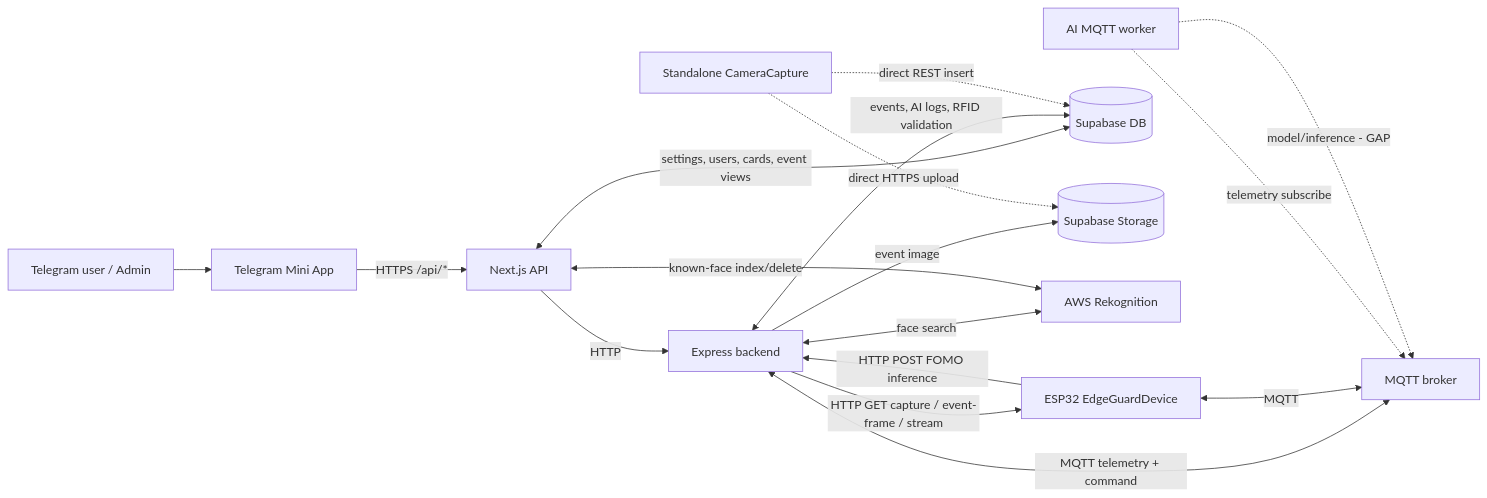
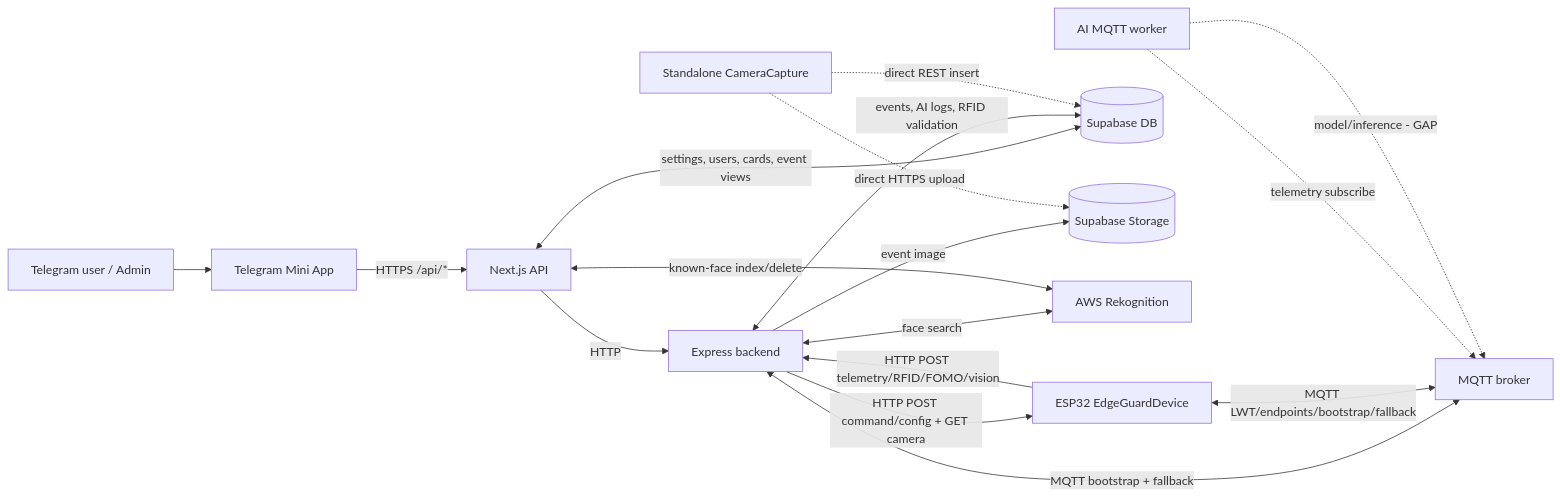
The first of 17 diagrams in docs/EDGEGUARD_FLOWS.md (ntntran09/EdgeGuard), drawn with Mermaid before and after one commit. The commit also changed other lines of this file, not shown here.

Commit message:
docs: update EdgeGuard HTTP flows

````diff
--- a/docs/EDGEGUARD_FLOWS.md
+++ b/docs/EDGEGUARD_FLOWS.md
@@ -22,22 +22,22 @@
 ```mermaid
 flowchart LR
     U[Telegram user / Admin] --> APP[Telegram Mini App]
     APP -->|HTTPS /api/*| NEXT[Next.js API]
     NEXT -->|HTTP| BE[Express backend]
 
-    BE <-->|MQTT telemetry + command| MQ[MQTT broker]
-    DEV[ESP32 EdgeGuardDevice] <-->|MQTT| MQ
-    DEV -->|HTTP POST FOMO inference| BE
-    BE -->|HTTP GET capture / event-frame / stream| DEV
+    BE <-->|MQTT bootstrap + fallback| MQ[MQTT broker]
+    DEV[ESP32 EdgeGuardDevice] <-->|MQTT LWT/endpoints/bootstrap/fallback| MQ
+    DEV -->|HTTP POST telemetry/RFID/FOMO/vision| BE
+    BE -->|HTTP POST command/config + GET camera| DEV
 
     NEXT <-->|settings, users, cards, event views| SB[(Supabase DB)]
     BE <-->|events, AI logs, RFID validation| SB
     BE -->|event image| ST[(Supabase Storage)]
     BE <-->|face search| AWS[AWS Rekognition]
     NEXT <-->|known-face index/delete| AWS
 
     AI[AI MQTT worker] -.->|telemetry subscribe| MQ
     AI -.->|model/inference - GAP| MQ
     CAM[Standalone CameraCapture] -.->|direct HTTPS upload| ST
     CAM -.->|direct REST insert| SB
 ```
````
